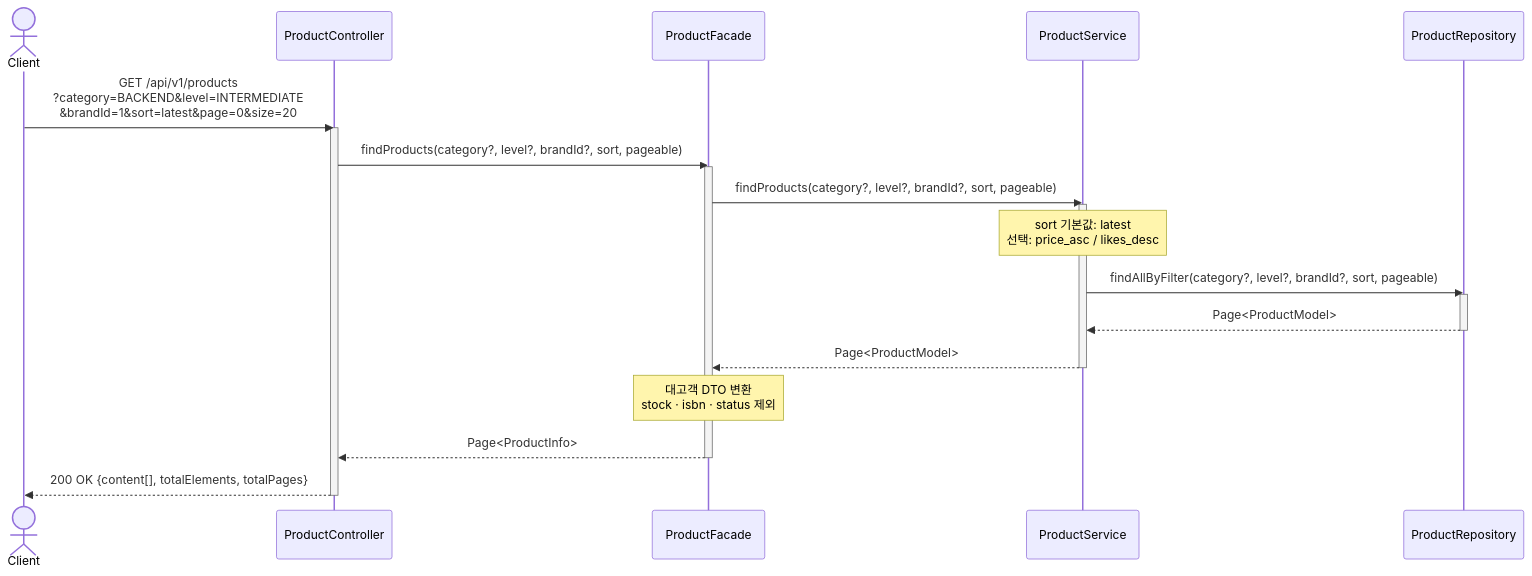
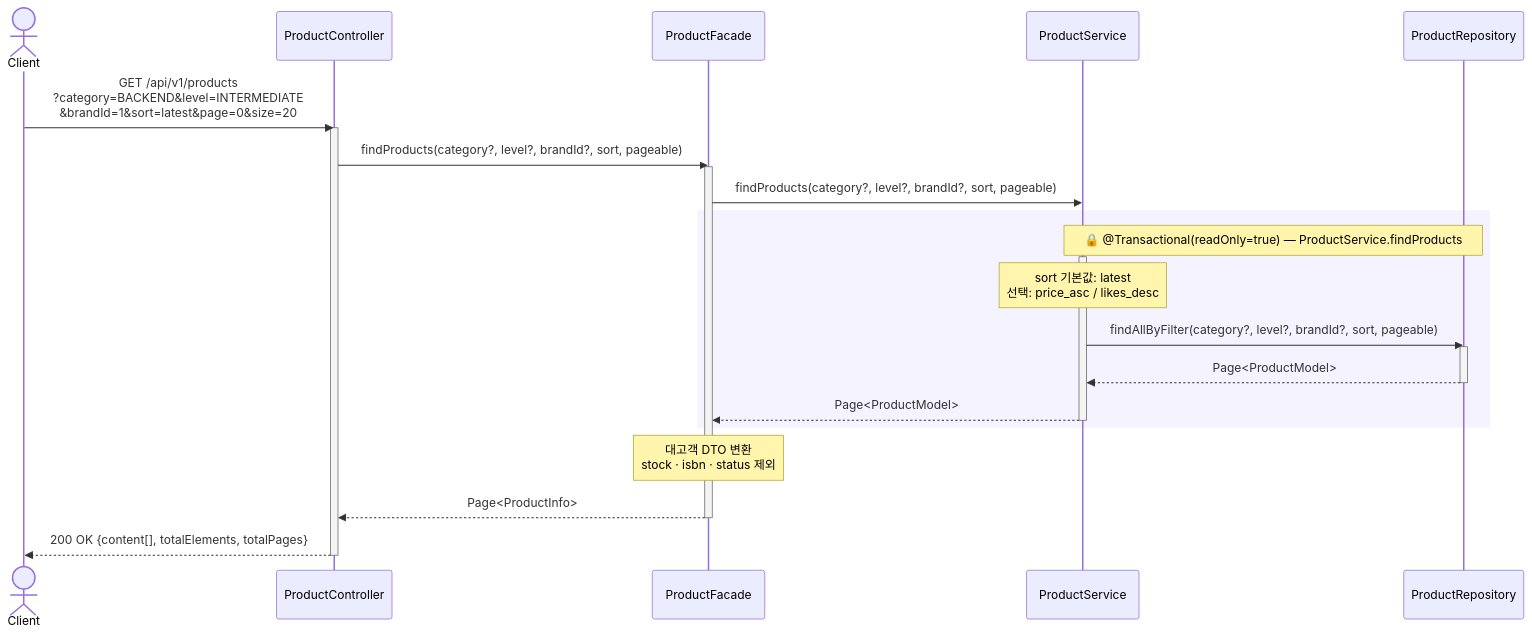
Before and after one commit to loopers-labs/loop-pack-be-l2-vol4-java: the first of 5 diagrams in .docs/design/02-sequence-diagrams.md, drawn with Mermaid. The commit also changed other lines of this file and 8 other files, not shown here.

````diff
--- a/.docs/design/02-sequence-diagrams.md
+++ b/.docs/design/02-sequence-diagrams.md
@@ -272,32 +87,34 @@
 ```mermaid
 sequenceDiagram
     actor Client
     participant PC as ProductController
     participant PF as ProductFacade
     participant PS as ProductService
     participant PR as ProductRepository
 
     Client->>PC: GET /api/v1/products<br/>?category=BACKEND&level=INTERMEDIATE<br/>&brandId=1&sort=latest&page=0&size=20
     activate PC
 
     PC->>PF: findProducts(category?, level?, brandId?, sort, pageable)
     activate PF
     PF->>PS: findProducts(category?, level?, brandId?, sort, pageable)
-    activate PS
 
-    Note over PS: sort 기본값: latest<br/>선택: price_asc / likes_desc
-
-    PS->>PR: findAllByFilter(category?, level?, brandId?, sort, pageable)
-    activate PR
-    PR-->>PS: Page<ProductModel>
-    deactivate PR
-    PS-->>PF: Page<ProductModel>
-    deactivate PS
+    rect rgb(245, 243, 255)
+        Note over PS,PR: 🔒 @Transactional(readOnly=true) — ProductService.findProducts
+        activate PS
+        Note over PS: sort 기본값: latest<br/>선택: price_asc / likes_desc
+        PS->>PR: findAllByFilter(category?, level?, brandId?, sort, pageable)
+        activate PR
+        PR-->>PS: Page<ProductModel>
+        deactivate PR
+        PS-->>PF: Page<ProductModel>
+        deactivate PS
+    end
 
     Note over PF: 대고객 DTO 변환<br/>stock · isbn · status 제외
 
     PF-->>PC: Page<ProductInfo>
     deactivate PF
     PC-->>Client: 200 OK {content[], totalElements, totalPages}
     deactivate PC
 ```
````
